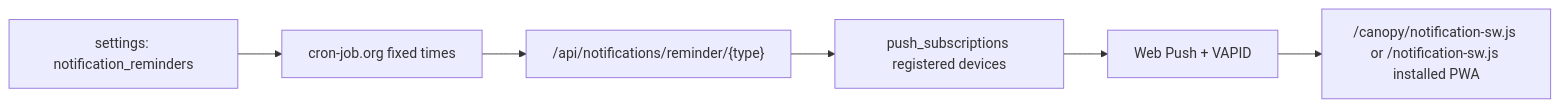
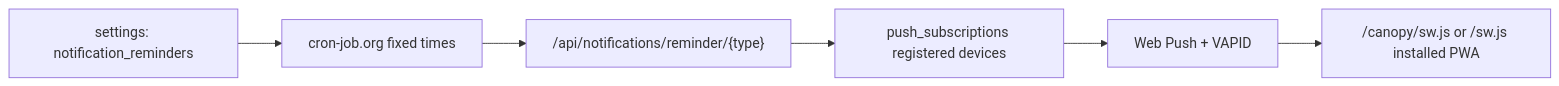
Before and after one commit to sameeradsv/canopy: the diagram in docs/notifications.md, drawn with Mermaid. The commit also changed other lines of this file and 2 other files, not shown here.

Commit message:
Align notification and auth defaults

````diff
--- a/docs/notifications.md
+++ b/docs/notifications.md
@@ -7,8 +7,8 @@
 ```mermaid
 flowchart LR
   Settings["settings: notification_reminders"] --> Cron["cron-job.org fixed times"]
   Cron --> Endpoint["/api/notifications/reminder/{type}"]
   Endpoint --> Subscriptions["push_subscriptions registered devices"]
   Subscriptions --> Push["Web Push + VAPID"]
-  Push --> Worker["/canopy/notification-sw.js or /notification-sw.js installed PWA"]
+  Push --> Worker["/canopy/sw.js or /sw.js installed PWA"]
 ```
````
